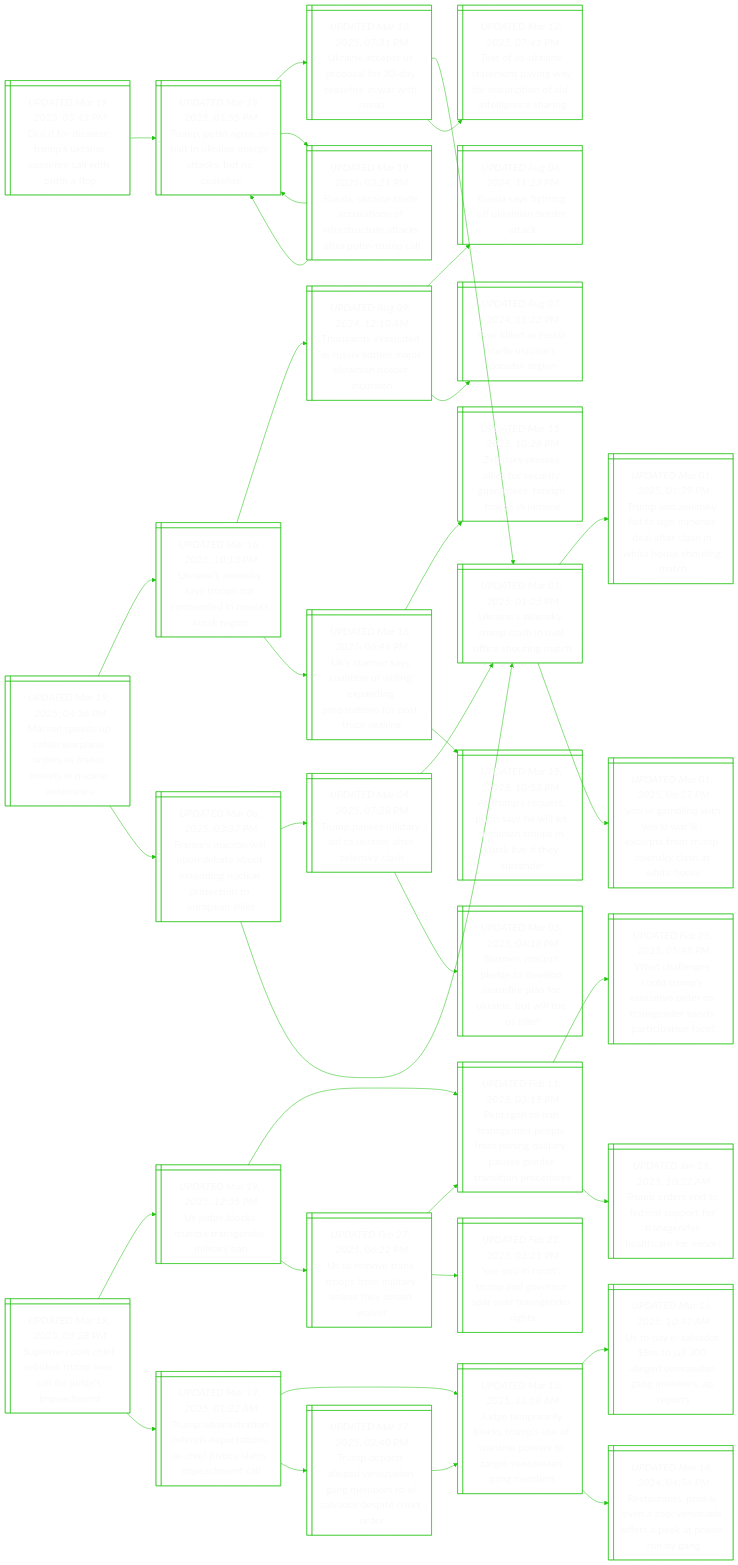
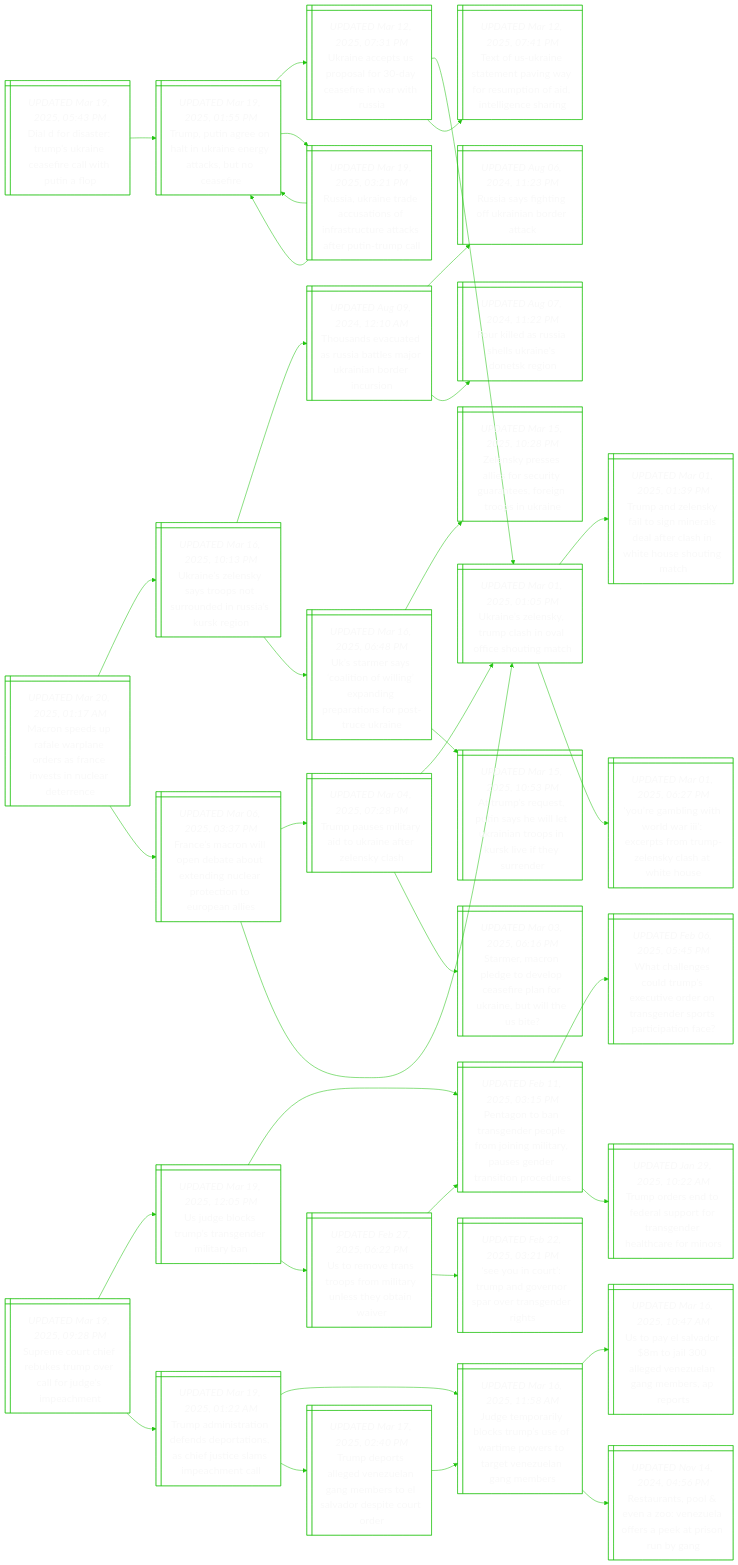
Before and after one commit to notJmes/notJmes: the diagram in README.md, drawn with Mermaid. The commit also changed other lines of this file, not shown here.

```diff
--- a/README.md
+++ b/README.md
@@ -41,7 +41,7 @@
 Raiacifacakeiml:::txtsize --> TPaotreyctar:::txtsize
 Raiacifacakeiml:::txtsize --> TPaotreyctar:::txtsize
 
-Mndawadscenetn@{ shape: win-pane, label: "_UPDATED Mar 19, 2025, 04:36 PM_
+Mndawadscenetn@{ shape: win-pane, label: "_UPDATED Mar 20, 2025, 01:17 AM_
 Macron speeds up rafale warplane orders as france invests in nuclear deterrence" }
 Unlytsunnirg@{ shape: win-pane, label: "_UPDATED Mar 16, 2025, 10:13 PM_
 Ukraine’s zelensky says troops not surrounded in russia’s kursk region" }
```
